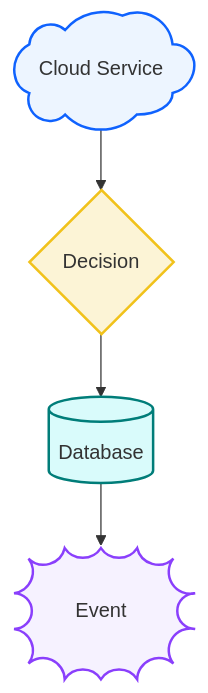
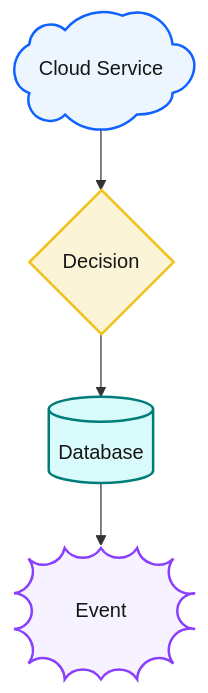
Diagram 14 of 17 in examples/flowchart.md (zhiweio/mermaid-illustrate), drawn with Mermaid before and after one commit. The commit also changed other lines of this file and 22 other files, not shown here.

````diff
--- a/examples/flowchart.md
+++ b/examples/flowchart.md
@@ -311,21 +310,21 @@
 ```mermaid
 flowchart TD
     A@{ shape: cloud, label: "Cloud Service" }
     B@{ shape: diam, label: "Decision" }
     C@{ shape: cyl, label: "Database" }
     D@{ shape: bang, label: "Event" }
 
     A --> B
     B --> C
     C --> D
 
-    classDef bpProcess fill:#edf5ff,stroke:#0f62fe,stroke-width:2px
-    classDef bpDecision fill:#fcf4d6,stroke:#f1c21b,stroke-width:2px
-    classDef bpData fill:#d9fbfb,stroke:#007d79,stroke-width:2px
-    classDef bpInfo fill:#f6f2ff,stroke:#8a3ffc,stroke-width:2px
+    classDef bpProcess fill:#edf5ff,stroke:#0f62fe,stroke-width:2px,color:#161616
+    classDef bpDecision fill:#fcf4d6,stroke:#f1c21b,stroke-width:2px,color:#161616
+    classDef bpData fill:#d9fbfb,stroke:#007d79,stroke-width:2px,color:#161616
+    classDef bpInfo fill:#f6f2ff,stroke:#8a3ffc,stroke-width:2px,color:#161616
 
     class A bpProcess
     class B bpDecision
     class C bpData
     class D bpInfo
 ```
````
